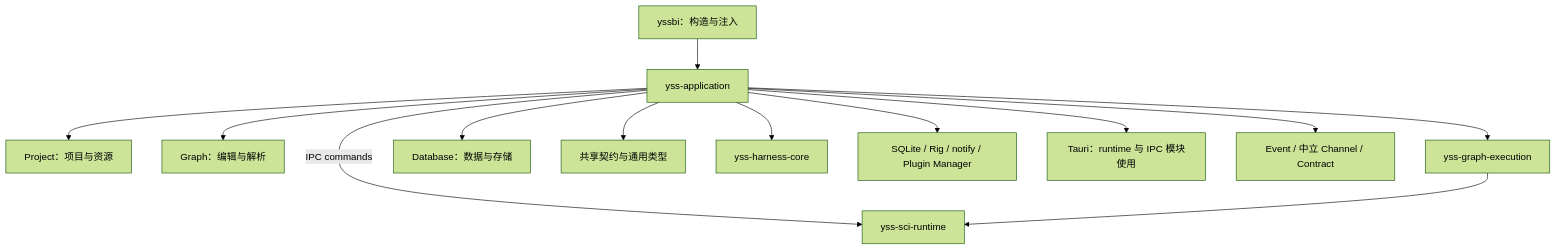
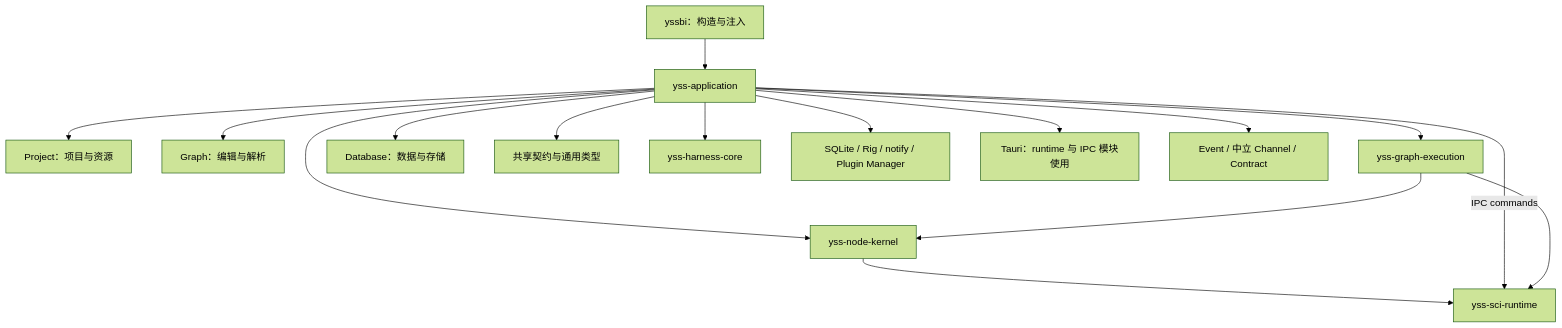
Before and after one commit to zhouyi207/YssBI: the diagram in src-tauri/crates/yss-application/README.md, drawn with Mermaid (forest theme). The commit also changed other lines of this file and 54 other files, not shown here.

First line of the commit message:
refactor(kernel): extract graph-independent node execution kernels

````diff
--- a/src-tauri/crates/yss-application/README.md
+++ b/src-tauri/crates/yss-application/README.md
@@ -16,15 +16,18 @@
 ```mermaid
 flowchart TD
     ROOT["yssbi：构造与注入"] --> APP["yss-application"]
     APP --> PROJECT["Project：项目与资源"]
     APP --> GRAPH["Graph：编辑与解析"]
     APP --> EXEC["yss-graph-execution"]
+    APP --> KERNEL["yss-node-kernel"]
+    EXEC --> KERNEL
+    KERNEL --> SCI["yss-sci-runtime"]
     APP --> DATA["Database：数据与存储"]
     APP --> CONTRACT["共享契约与通用类型"]
     APP --> HARNESS["yss-harness-core"]
     APP --> ADAPTERS["SQLite / Rig / notify / Plugin Manager"]
     APP --> TAURI["Tauri：runtime 与 IPC 模块使用"]
     APP --> IPC["Event / 中立 Channel / Contract"]
     APP -->|IPC commands| SCI["yss-sci-runtime"]
     EXEC --> SCI
 ```
````
